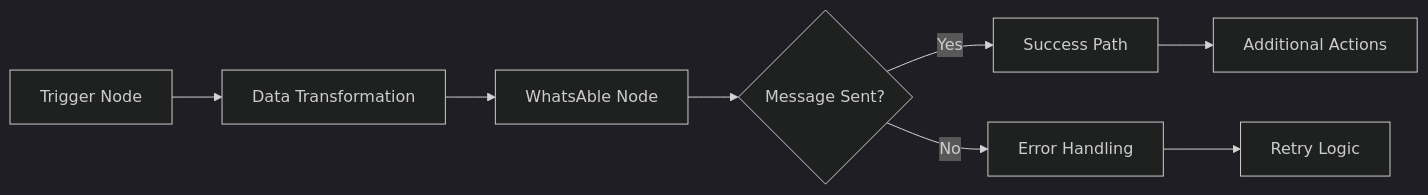
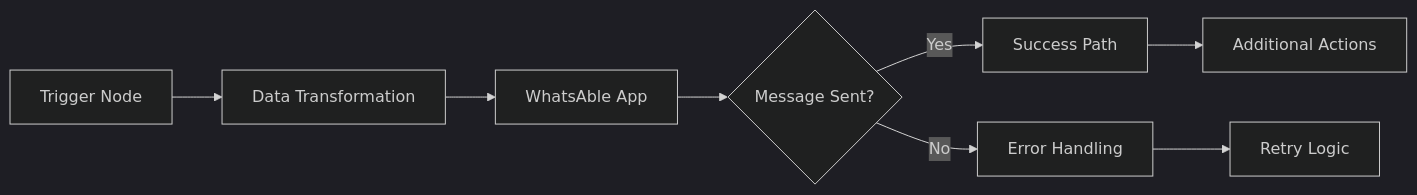
Before and after one commit to Whatsable/whatsable-docs-mintlyfy: the diagram in guides/whatsable/zapier.mdx, drawn with Mermaid (dark theme). The commit also changed other lines of this file and 17 other files, not shown here.

````diff
--- a/guides/whatsable/zapier.mdx
+++ b/guides/whatsable/zapier.mdx
@@ -185,10 +186,10 @@
   ```mermaid
   flowchart LR
     A[Trigger Node] --> B[Data Transformation]
-    B --> C[WhatsAble Node]
+    B --> C[WhatsAble App]
     C --> D{Message Sent?}
     D -->|Yes| E[Success Path]
     D -->|No| F[Error Handling]
     E --> G[Additional Actions]
     F --> H[Retry Logic]
   ```
````
